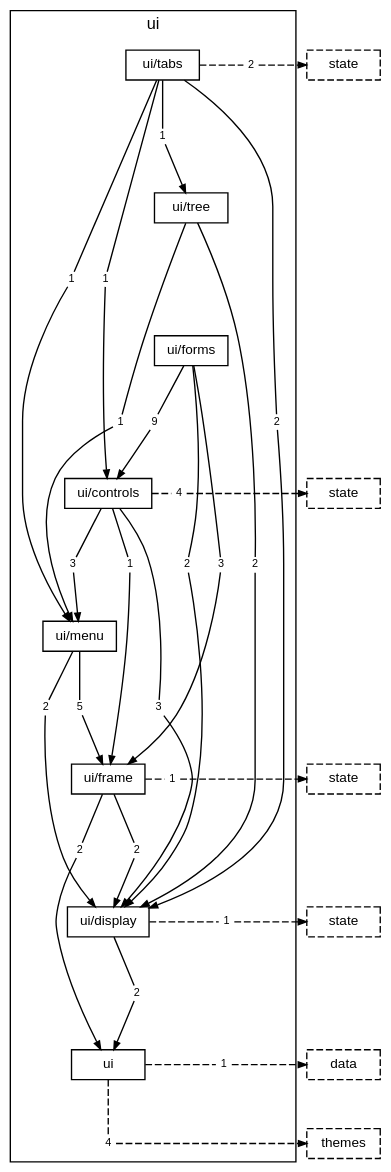
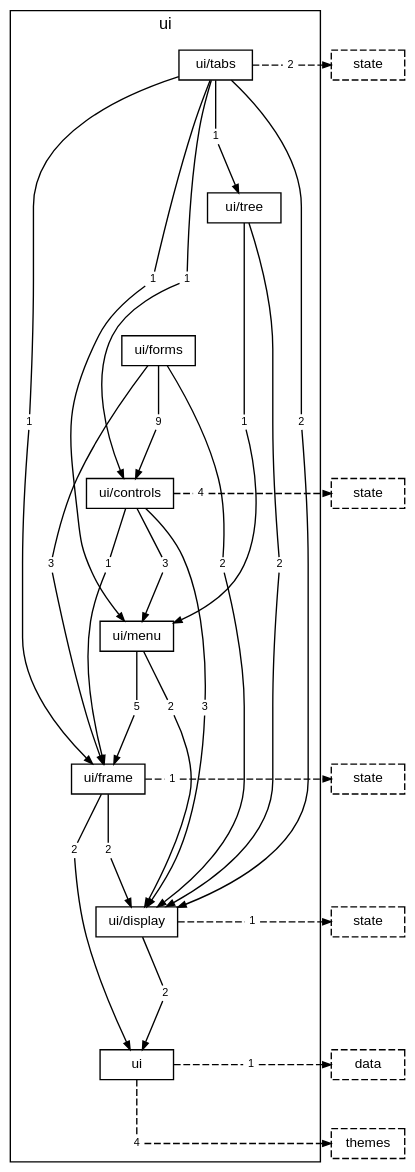
Before and after one commit to TheAxeC/oculus: the diagram in docs/diagrams/layer-ui.dot, drawn with Graphviz. The commit also changed 26 other files, not shown here.

```diff
--- a/docs/diagrams/layer-ui.dot
+++ b/docs/diagrams/layer-ui.dot
@@ -1,104 +1,107 @@
 digraph layer_ui {
     graph [bgcolor="transparent", rankdir=TB, newrank=true, fontname="Helvetica,Arial,sans-serif", fontsize=12, nodesep=0.2, ranksep=0.5];
     node [shape=box, color="black", fontcolor="black", fontname="Helvetica,Arial,sans-serif", fontsize=10, height=0.3, margin="0.12,0.04"];
     edge [color="black", fontcolor="black", fontname="Helvetica,Arial,sans-serif", fontsize=8, arrowsize=0.6];
     subgraph "cluster_ui" {
         label="ui"; style=solid;
         "folder ui/tabs" [label="ui/tabs"];
         "folder ui/tree" [label="ui/tree"];
         "folder ui/forms" [label="ui/forms"];
         "folder ui/controls" [label="ui/controls"];
         "folder ui/menu" [label="ui/menu"];
         "folder ui/frame" [label="ui/frame"];
         "folder ui/display" [label="ui/display"];
         "folder ui" [label="ui"];
         "folder ui/tabs to folder ui/controls" [label="1", shape=box, color="transparent", fontsize=8, width=0, height=0, margin="0.04,0.02"];
         "folder ui/tabs to folder ui/display" [label="2", shape=box, color="transparent", fontsize=8, width=0, height=0, margin="0.04,0.02"];
+        "folder ui/tabs to folder ui/frame" [label="1", shape=box, color="transparent", fontsize=8, width=0, height=0, margin="0.04,0.02"];
         "folder ui/tabs to folder ui/menu" [label="1", shape=box, color="transparent", fontsize=8, width=0, height=0, margin="0.04,0.02"];
         "folder ui/tabs to folder ui/tree" [label="1", shape=box, color="transparent", fontsize=8, width=0, height=0, margin="0.04,0.02"];
         "folder ui/tabs to layer state" [label="2", shape=box, color="transparent", fontsize=8, width=0, height=0, margin="0.04,0.02"];
         "folder ui/tree to folder ui/display" [label="2", shape=box, color="transparent", fontsize=8, width=0, height=0, margin="0.04,0.02"];
         "folder ui/tree to folder ui/menu" [label="1", shape=box, color="transparent", fontsize=8, width=0, height=0, margin="0.04,0.02"];
         "folder ui/forms to folder ui/controls" [label="9", shape=box, color="transparent", fontsize=8, width=0, height=0, margin="0.04,0.02"];
         "folder ui/forms to folder ui/display" [label="2", shape=box, color="transparent", fontsize=8, width=0, height=0, margin="0.04,0.02"];
         "folder ui/forms to folder ui/frame" [label="3", shape=box, color="transparent", fontsize=8, width=0, height=0, margin="0.04,0.02"];
         "folder ui/controls to folder ui/display" [label="3", shape=box, color="transparent", fontsize=8, width=0, height=0, margin="0.04,0.02"];
         "folder ui/controls to folder ui/frame" [label="1", shape=box, color="transparent", fontsize=8, width=0, height=0, margin="0.04,0.02"];
         "folder ui/controls to folder ui/menu" [label="3", shape=box, color="transparent", fontsize=8, width=0, height=0, margin="0.04,0.02"];
         "folder ui/controls to layer state" [label="4", shape=box, color="transparent", fontsize=8, width=0, height=0, margin="0.04,0.02"];
         "folder ui/menu to folder ui/display" [label="2", shape=box, color="transparent", fontsize=8, width=0, height=0, margin="0.04,0.02"];
         "folder ui/menu to folder ui/frame" [label="5", shape=box, color="transparent", fontsize=8, width=0, height=0, margin="0.04,0.02"];
         "folder ui/frame to folder ui" [label="2", shape=box, color="transparent", fontsize=8, width=0, height=0, margin="0.04,0.02"];
         "folder ui/frame to folder ui/display" [label="2", shape=box, color="transparent", fontsize=8, width=0, height=0, margin="0.04,0.02"];
         "folder ui/frame to layer state" [label="1", shape=box, color="transparent", fontsize=8, width=0, height=0, margin="0.04,0.02"];
         "folder ui/display to folder ui" [label="2", shape=box, color="transparent", fontsize=8, width=0, height=0, margin="0.04,0.02"];
         "folder ui/display to layer state" [label="1", shape=box, color="transparent", fontsize=8, width=0, height=0, margin="0.04,0.02"];
         "folder ui to layer data" [label="1", shape=box, color="transparent", fontsize=8, width=0, height=0, margin="0.04,0.02"];
         "folder ui to layer themes" [label="4", shape=box, color="transparent", fontsize=8, width=0, height=0, margin="0.04,0.02"];
     }
     "layer state from folder ui/tabs" [label="state", style=dashed];
     "layer state from folder ui/controls" [label="state", style=dashed];
     "layer state from folder ui/frame" [label="state", style=dashed];
     "layer state from folder ui/display" [label="state", style=dashed];
     "layer data from folder ui" [label="data", style=dashed];
     "layer themes from folder ui" [label="themes", style=dashed];
     "folder ui/tabs" -> "folder ui/tree" [style=invis, weight=10, minlen=2];
     "folder ui/tree" -> "folder ui/forms" [style=invis, weight=10, minlen=2];
     "folder ui/forms" -> "folder ui/controls" [style=invis, weight=10, minlen=2];
     "folder ui/controls" -> "folder ui/menu" [style=invis, weight=10, minlen=2];
     "folder ui/menu" -> "folder ui/frame" [style=invis, weight=10, minlen=2];
     "folder ui/frame" -> "folder ui/display" [style=invis, weight=10, minlen=2];
     "folder ui/display" -> "folder ui" [style=invis, weight=10, minlen=2];
     "folder ui/tabs" -> "folder ui/tabs to folder ui/controls" [arrowhead=none, minlen=3, weight=10];
     "folder ui/tabs to folder ui/controls" -> "folder ui/controls" [];
     "folder ui/tabs" -> "folder ui/tabs to folder ui/display" [arrowhead=none, minlen=5, weight=10];
     "folder ui/tabs to folder ui/display" -> "folder ui/display" [];
+    "folder ui/tabs" -> "folder ui/tabs to folder ui/frame" [arrowhead=none, minlen=5, weight=10];
+    "folder ui/tabs to folder ui/frame" -> "folder ui/frame" [];
     "folder ui/tabs" -> "folder ui/tabs to folder ui/menu" [arrowhead=none, minlen=3, weight=10];
     "folder ui/tabs to folder ui/menu" -> "folder ui/menu" [];
     "folder ui/tabs" -> "folder ui/tabs to folder ui/tree" [arrowhead=none, minlen=1, weight=10];
     "folder ui/tabs to folder ui/tree" -> "folder ui/tree" [];
     "folder ui/tabs" -> "folder ui/tabs to layer state" [arrowhead=none, style=dashed];
     "folder ui/tabs to layer state" -> "layer state from folder ui/tabs" [style=dashed];
     { rank=same; "folder ui/tabs"; "folder ui/tabs to layer state"; "layer state from folder ui/tabs"; }
     "folder ui/tree" -> "folder ui/tree to folder ui/display" [arrowhead=none, minlen=5, weight=10];
     "folder ui/tree to folder ui/display" -> "folder ui/display" [];
     "folder ui/tree" -> "folder ui/tree to folder ui/menu" [arrowhead=none, minlen=3, weight=10];
     "folder ui/tree to folder ui/menu" -> "folder ui/menu" [];
     "folder ui/forms" -> "folder ui/forms to folder ui/controls" [arrowhead=none, minlen=1, weight=10];
     "folder ui/forms to folder ui/controls" -> "folder ui/controls" [];
     "folder ui/forms" -> "folder ui/forms to folder ui/display" [arrowhead=none, minlen=3, weight=10];
     "folder ui/forms to folder ui/display" -> "folder ui/display" [];
     "folder ui/forms" -> "folder ui/forms to folder ui/frame" [arrowhead=none, minlen=3, weight=10];
     "folder ui/forms to folder ui/frame" -> "folder ui/frame" [];
     "folder ui/controls" -> "folder ui/controls to folder ui/display" [arrowhead=none, minlen=3, weight=10];
     "folder ui/controls to folder ui/display" -> "folder ui/display" [];
     "folder ui/controls" -> "folder ui/controls to folder ui/frame" [arrowhead=none, minlen=1, weight=10];
     "folder ui/controls to folder ui/frame" -> "folder ui/frame" [];
     "folder ui/controls" -> "folder ui/controls to folder ui/menu" [arrowhead=none, minlen=1, weight=10];
     "folder ui/controls to folder ui/menu" -> "folder ui/menu" [];
     "folder ui/controls" -> "folder ui/controls to layer state" [arrowhead=none, style=dashed];
     "folder ui/controls to layer state" -> "layer state from folder ui/controls" [style=dashed];
     { rank=same; "folder ui/controls"; "folder ui/controls to layer state"; "layer state from folder ui/controls"; }
     "folder ui/menu" -> "folder ui/menu to folder ui/display" [arrowhead=none, minlen=1, weight=10];
     "folder ui/menu to folder ui/display" -> "folder ui/display" [];
     "folder ui/menu" -> "folder ui/menu to folder ui/frame" [arrowhead=none, minlen=1, weight=10];
     "folder ui/menu to folder ui/frame" -> "folder ui/frame" [];
     "folder ui/frame" -> "folder ui/frame to folder ui" [arrowhead=none, minlen=1, weight=10];
     "folder ui/frame to folder ui" -> "folder ui" [];
     "folder ui/frame" -> "folder ui/frame to folder ui/display" [arrowhead=none, minlen=1, weight=10];
     "folder ui/frame to folder ui/display" -> "folder ui/display" [];
     "folder ui/frame" -> "folder ui/frame to layer state" [arrowhead=none, style=dashed];
     "folder ui/frame to layer state" -> "layer state from folder ui/frame" [style=dashed];
     { rank=same; "folder ui/frame"; "folder ui/frame to layer state"; "layer state from folder ui/frame"; }
     "folder ui/display" -> "folder ui/display to folder ui" [arrowhead=none, minlen=1, weight=10];
     "folder ui/display to folder ui" -> "folder ui" [];
     "folder ui/display" -> "folder ui/display to layer state" [arrowhead=none, style=dashed];
     "folder ui/display to layer state" -> "layer state from folder ui/display" [style=dashed];
     { rank=same; "folder ui/display"; "folder ui/display to layer state"; "layer state from folder ui/display"; }
     "folder ui" -> "folder ui to layer data" [arrowhead=none, style=dashed];
     "folder ui to layer data" -> "layer data from folder ui" [style=dashed];
     { rank=same; "folder ui"; "folder ui to layer data"; "layer data from folder ui"; }
     "folder ui" -> "folder ui to layer themes" [arrowhead=none, style=dashed, minlen=1, weight=10];
     "folder ui to layer themes" -> "layer themes from folder ui" [style=dashed];
     { rank=same; "folder ui to layer themes"; "layer themes from folder ui"; }
 }
```
